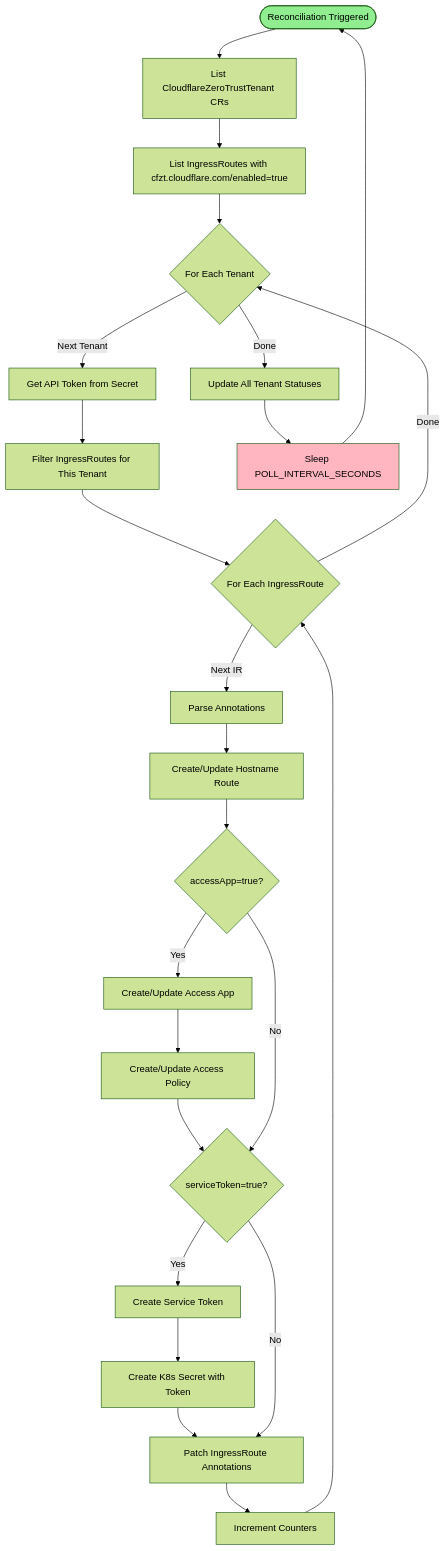
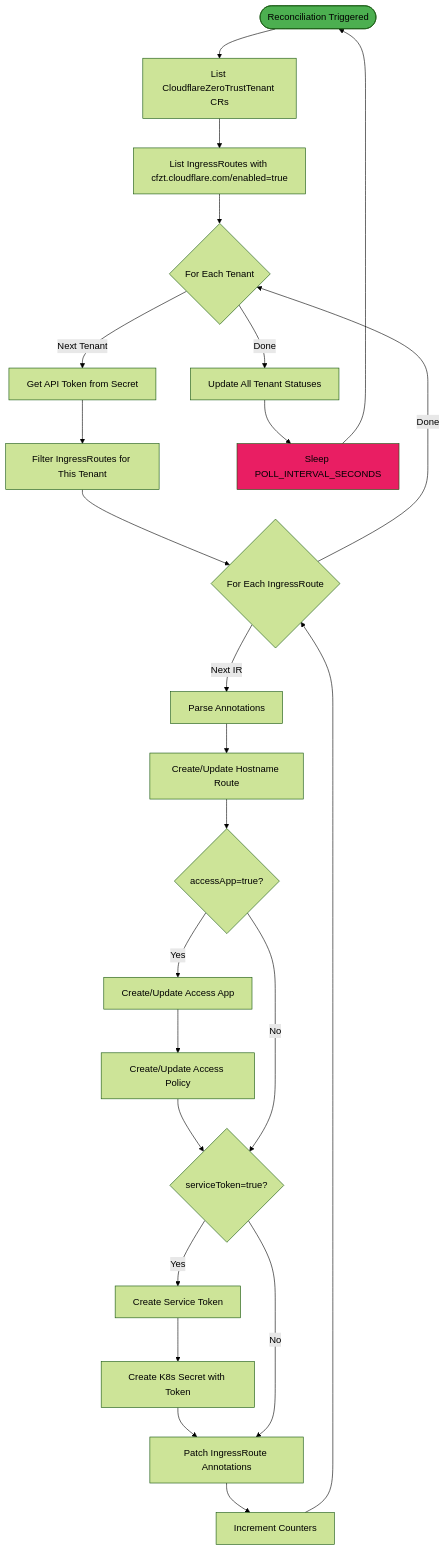
The ninth of 16 diagrams in docs/architecture.md (wheetazlab/cloudflare-zero-trust-operator), drawn with Mermaid (forest theme) before and after one commit. The commit also changed other lines of this file and 1 other file, not shown here.

First line of the commit message:
fix: Replace light colors in mermaid diagrams with darker, more readable colors

````diff
--- a/docs/architecture.md
+++ b/docs/architecture.md
@@ -579,41 +579,41 @@
 ```mermaid
 flowchart TD
     START([Reconciliation Triggered]) --> LIST_TENANTS[List CloudflareZeroTrustTenant CRs]
     LIST_TENANTS --> LIST_IR[List IngressRoutes with cfzt.cloudflare.com/enabled=true]
     
     LIST_IR --> TENANT_LOOP{For Each Tenant}
     
     TENANT_LOOP -->|Next Tenant| GET_CREDS[Get API Token from Secret]
     TENANT_LOOP -->|Done| UPDATE_STATUS[Update All Tenant Statuses]
     
     GET_CREDS --> FILTER_IR[Filter IngressRoutes for This Tenant]
     
     FILTER_IR --> IR_LOOP{For Each IngressRoute}
     
     IR_LOOP -->|Next IR| PARSE_ANNO[Parse Annotations]
     IR_LOOP -->|Done| TENANT_LOOP
     
     PARSE_ANNO --> HOSTNAME[Create/Update Hostname Route]
     HOSTNAME --> ACCESS_CHECK{accessApp=true?}
     
     ACCESS_CHECK -->|Yes| CREATE_APP[Create/Update Access App]
     CREATE_APP --> CREATE_POLICY[Create/Update Access Policy]
     CREATE_POLICY --> TOKEN_CHECK{serviceToken=true?}
     
     ACCESS_CHECK -->|No| TOKEN_CHECK
     
     TOKEN_CHECK -->|Yes| CREATE_TOKEN[Create Service Token]
     CREATE_TOKEN --> CREATE_SECRET[Create K8s Secret with Token]
     CREATE_SECRET --> PATCH_IR[Patch IngressRoute Annotations]
     
     TOKEN_CHECK -->|No| PATCH_IR
     
     PATCH_IR --> INCREMENT[Increment Counters]
     INCREMENT --> IR_LOOP
     
     UPDATE_STATUS --> SLEEP[Sleep POLL_INTERVAL_SECONDS]
     SLEEP --> START
     
-    style START fill:#90EE90
-    style SLEEP fill:#FFB6C1
+    style START fill:#4CAF50
+    style SLEEP fill:#E91E63
 ```
````
